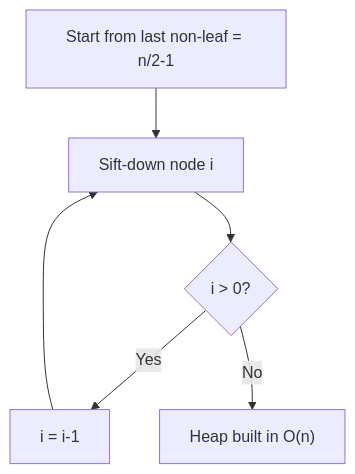
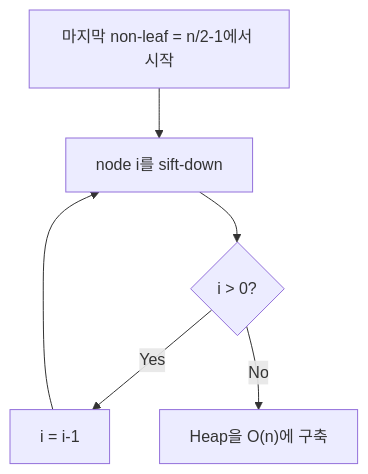
Before and after one commit to mandoobox/mandoobox.github.io: diagram 18 of 43 in _posts/cs-note/2026-02-27-data-structure.md, drawn with Mermaid. The commit also changed other lines of this file and 18 other files, not shown here.

````diff
--- a/_posts/cs-note/2026-02-27-data-structure.md
+++ b/_posts/cs-note/2026-02-27-data-structure.md
@@ -648,8 +648,8 @@
 ```mermaid
 flowchart TD
-  A["Start from last non-leaf = n/2-1"] --> B["Sift-down node i"]
+  A["마지막 non-leaf = n/2-1에서 시작"] --> B["node i를 sift-down"]
   B --> C{i > 0?}
   C -->|Yes| D["i = i-1"]
   D --> B
-  C -->|No| E["Heap built in O(n)"]
+  C -->|No| E["Heap을 O(n)에 구축"]
 ```
````
